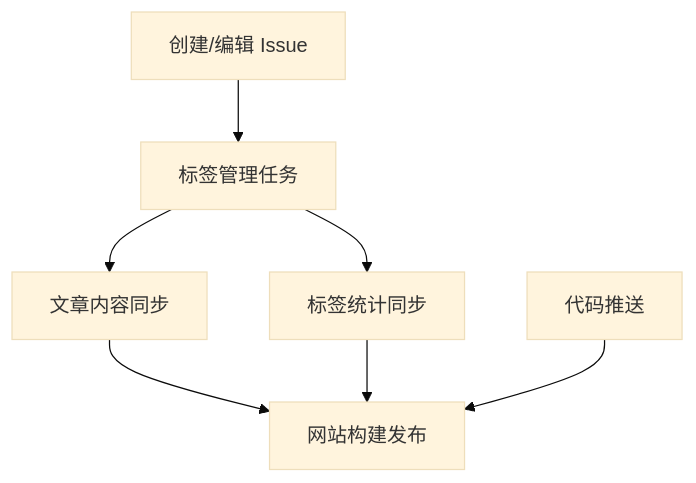
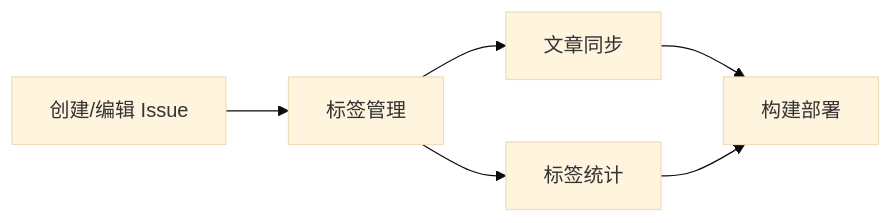
The diagram in README.md (Cyclone77/cyclone77.github.io), drawn with Mermaid (base theme) before and after one commit. The commit also changed other lines of this file and 4 other files, not shown here.

````diff
--- a/README.md
+++ b/README.md
@@ -143,9 +110,8 @@
 ```mermaid
-graph TD
-    A[创建/编辑 Issue] --> B[标签管理任务]
-    B --> C[文章内容同步]
-    B --> D[标签统计同步]
-    C --> E[网站构建发布]
-    D --> E[网站构建发布]
-    F[代码推送] --> E
+graph LR
+    A[创建/编辑 Issue] --> B[标签管理]
+    B --> C[文章同步]
+    B --> D[标签统计]
+    C --> E[构建部署]
+    D --> E
 ```
````
